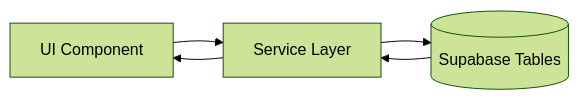
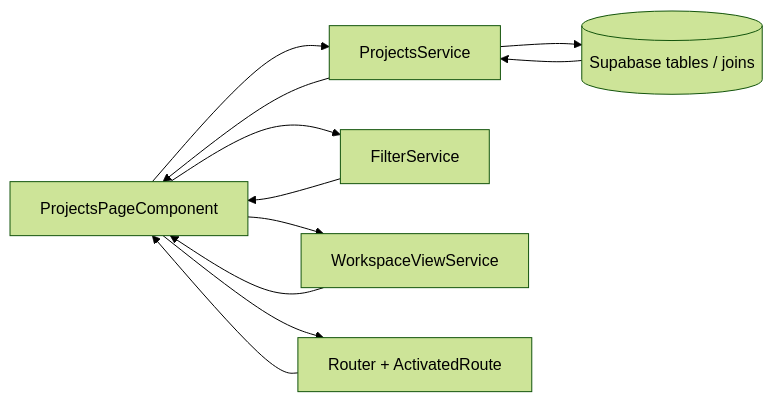
The third of 5 diagrams in docs/element-specs/projects-page.md (matkleve/feldpost), drawn with Mermaid (forest theme) before and after one commit. The commit also changed other lines of this file and 7 other files, not shown here.

First line of the commit message:
refactor: update projects page layout and interactions

````diff
--- a/docs/element-specs/projects-page.md
+++ b/docs/element-specs/projects-page.md
@@ -147,7 +135,13 @@
 ```mermaid
 flowchart LR
-  UI[UI Component] --> S[Service Layer]
-  S --> DB[(Supabase Tables)]
+  UI[ProjectsPageComponent] --> S[ProjectsService]
+  UI --> F[FilterService]
+  UI --> W[WorkspaceViewService]
+  UI --> R[Router + ActivatedRoute]
+  S --> DB[(Supabase tables / joins)]
   DB --> S
   S --> UI
+  F --> UI
+  W --> UI
+  R --> UI
 ```
````
